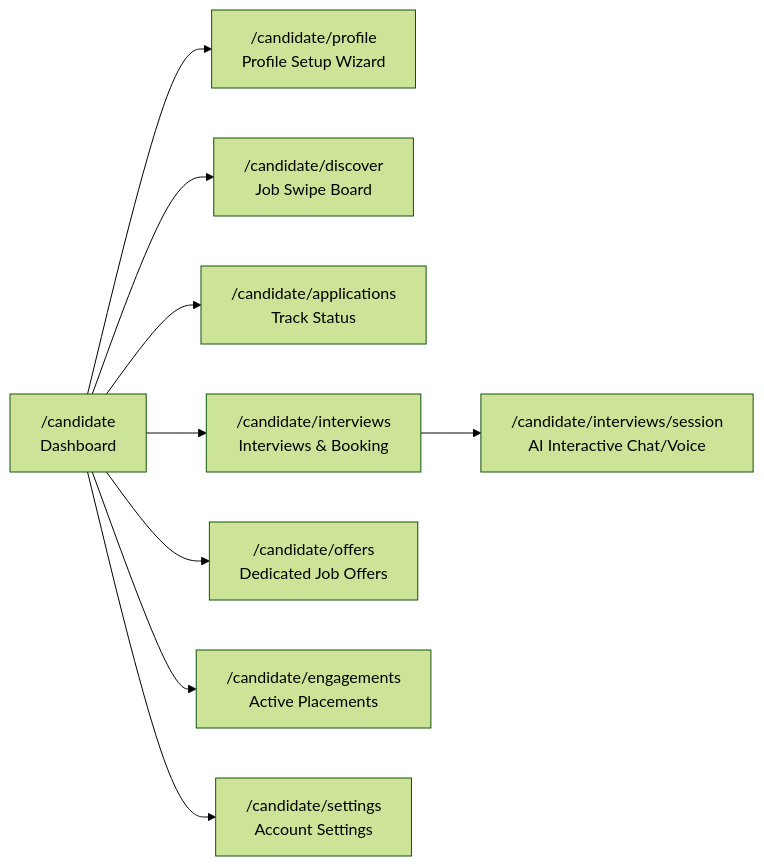
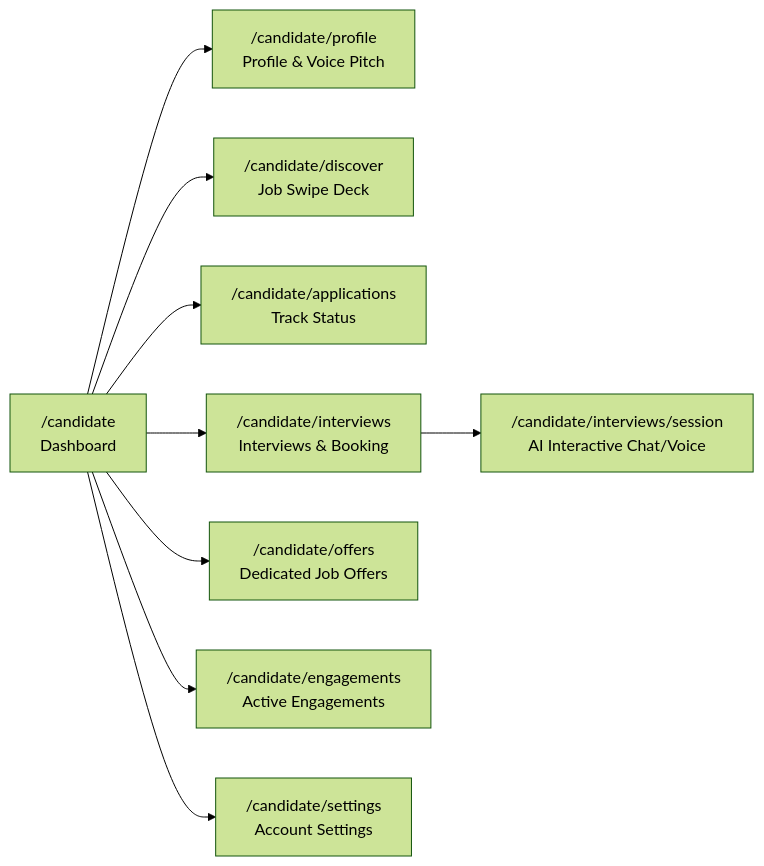
The second of 7 diagrams in USER_FLOWS.md (treyzedesign/Rolr-client), drawn with Mermaid (forest theme) before and after one commit. The commit also changed other lines of this file and 7 other files, not shown here.

````diff
--- a/USER_FLOWS.md
+++ b/USER_FLOWS.md
@@ -92,11 +90,11 @@
 ```mermaid
 flowchart LR
-    CDash["/candidate<br>Dashboard"] --> CProfile["/candidate/profile<br>Profile Setup Wizard"]
-    CDash --> CDiscover["/candidate/discover<br>Job Swipe Board"]
+    CDash["/candidate<br>Dashboard"] --> CProfile["/candidate/profile<br>Profile & Voice Pitch"]
+    CDash --> CDiscover["/candidate/discover<br>Job Swipe Deck"]
     CDash --> CApps["/candidate/applications<br>Track Status"]
     CDash --> CInterviews["/candidate/interviews<br>Interviews & Booking"]
     CInterviews --> CSession["/candidate/interviews/session<br>AI Interactive Chat/Voice"]
     CDash --> COffers["/candidate/offers<br>Dedicated Job Offers"]
-    CDash --> CEngage["/candidate/engagements<br>Active Placements"]
+    CDash --> CEngage["/candidate/engagements<br>Active Engagements"]
     CDash --> CSettings["/candidate/settings<br>Account Settings"]
 ```
````
